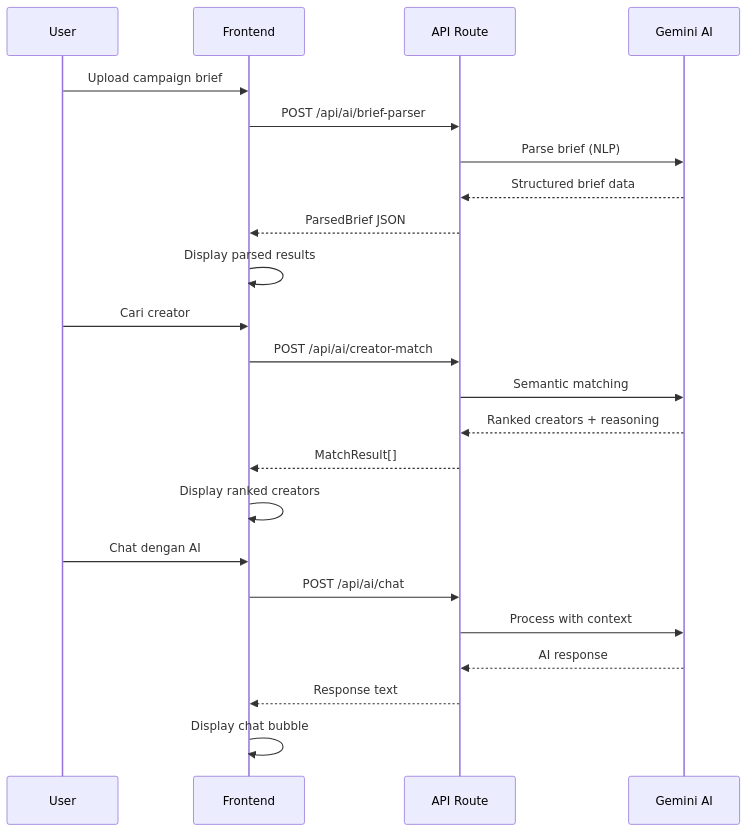
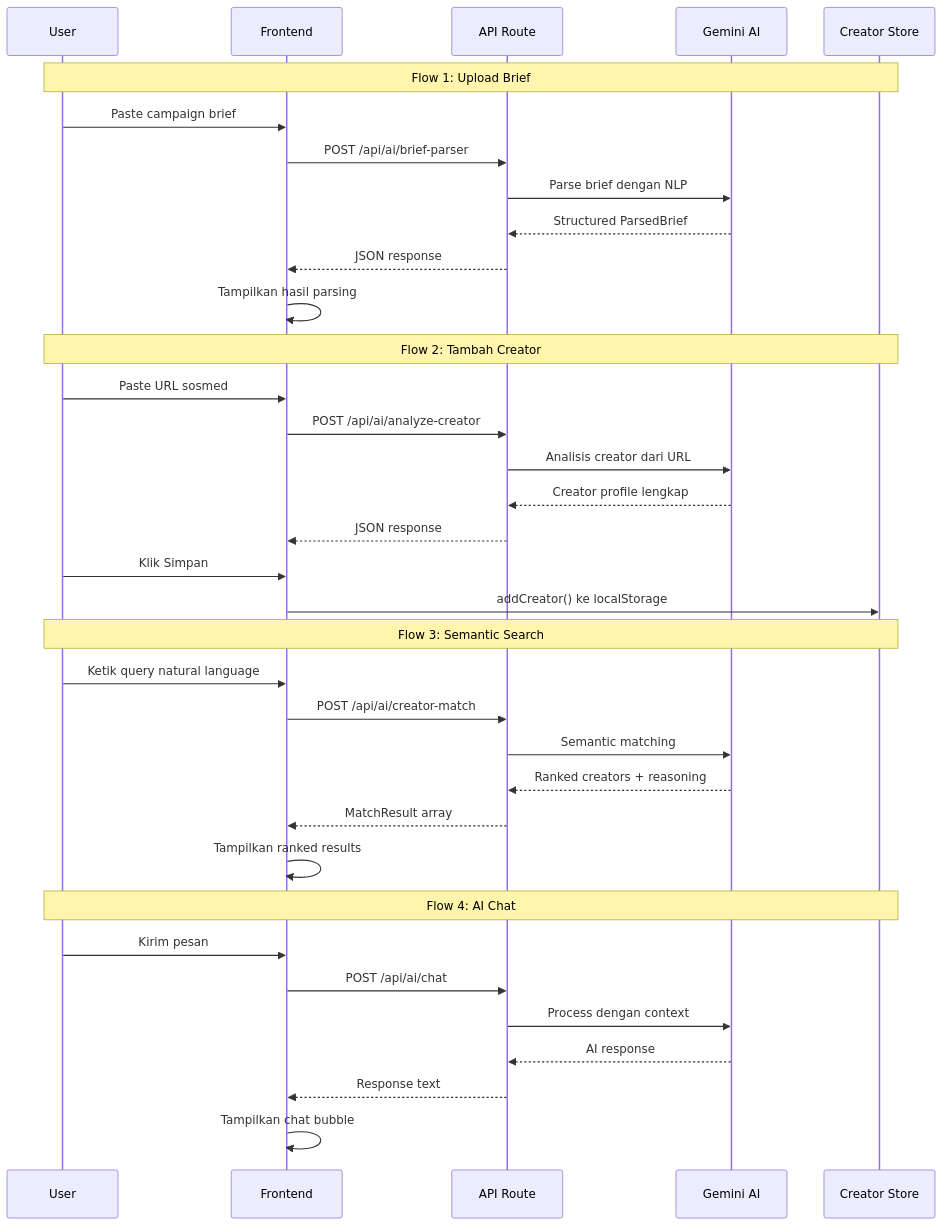
One commit to el-pablos/kolab-ai changed the second of 2 diagrams in README.md. Above: the diagram before and after it, drawn with Mermaid. The commit also changed other lines of this file and 15 other files, not shown here.

Commit message:
docs: rewrite readme 2600+ kata dengan screenshots baru arsitektur flow diagram dan dokumentasi lengkap

````diff
--- a/README.md
+++ b/README.md
@@ -168,28 +219,41 @@
 ```mermaid
 sequenceDiagram
     participant U as User
     participant F as Frontend
     participant A as API Route
     participant G as Gemini AI
+    participant S as Creator Store
 
-    U->>F: Upload campaign brief
+    Note over U,S: Flow 1: Upload Brief
+    U->>F: Paste campaign brief
     F->>A: POST /api/ai/brief-parser
-    A->>G: Parse brief (NLP)
-    G-->>A: Structured brief data
-    A-->>F: ParsedBrief JSON
-    F->>F: Display parsed results
+    A->>G: Parse brief dengan NLP
+    G-->>A: Structured ParsedBrief
+    A-->>F: JSON response
+    F->>F: Tampilkan hasil parsing
 
-    U->>F: Cari creator
+    Note over U,S: Flow 2: Tambah Creator
+    U->>F: Paste URL sosmed
+    F->>A: POST /api/ai/analyze-creator
+    A->>G: Analisis creator dari URL
+    G-->>A: Creator profile lengkap
+    A-->>F: JSON response
+    U->>F: Klik Simpan
+    F->>S: addCreator() ke localStorage
+
+    Note over U,S: Flow 3: Semantic Search
+    U->>F: Ketik query natural language
     F->>A: POST /api/ai/creator-match
     A->>G: Semantic matching
     G-->>A: Ranked creators + reasoning
-    A-->>F: MatchResult[]
-    F->>F: Display ranked creators
+    A-->>F: MatchResult array
+    F->>F: Tampilkan ranked results
 
-    U->>F: Chat dengan AI
+    Note over U,S: Flow 4: AI Chat
+    U->>F: Kirim pesan
     F->>A: POST /api/ai/chat
-    A->>G: Process with context
+    A->>G: Process dengan context
     G-->>A: AI response
     A-->>F: Response text
-    F->>F: Display chat bubble
+    F->>F: Tampilkan chat bubble
 ```
````
